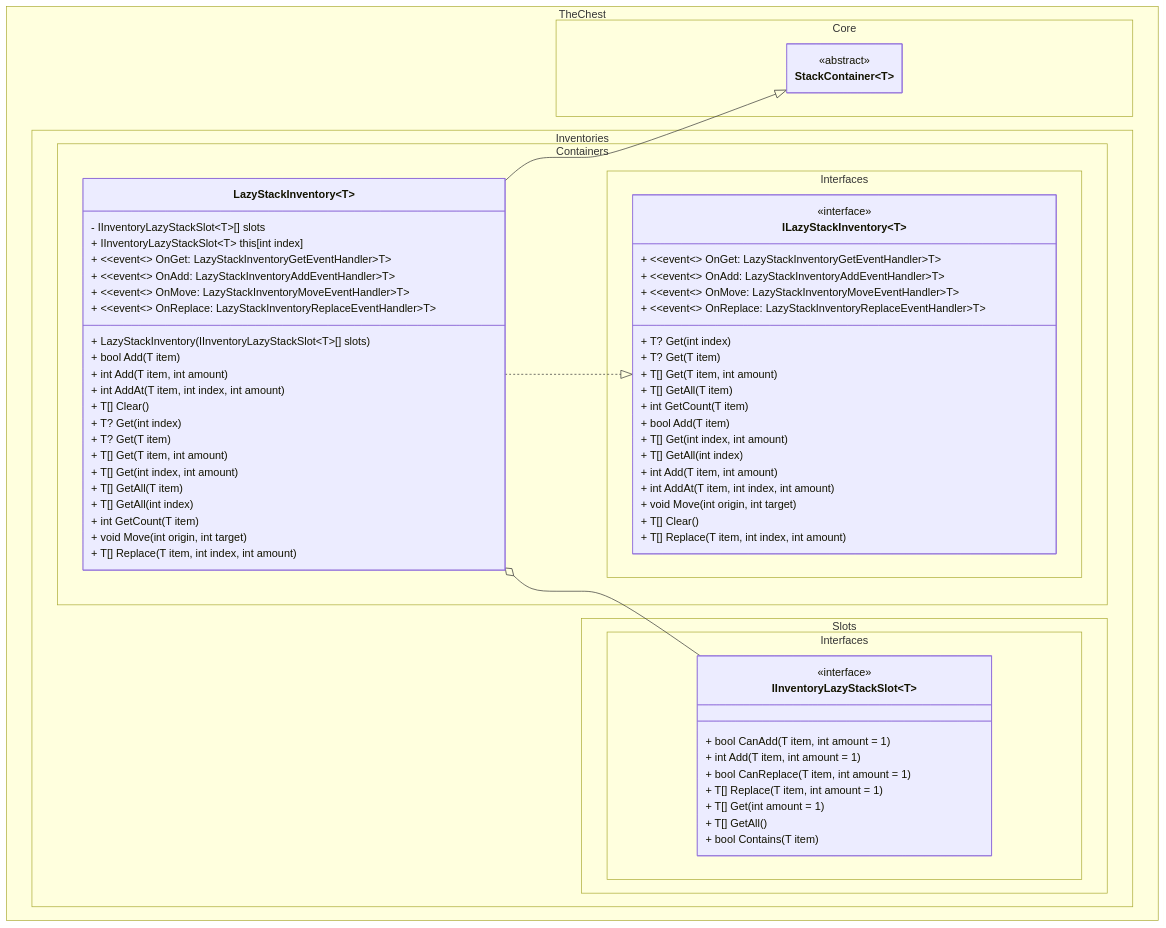
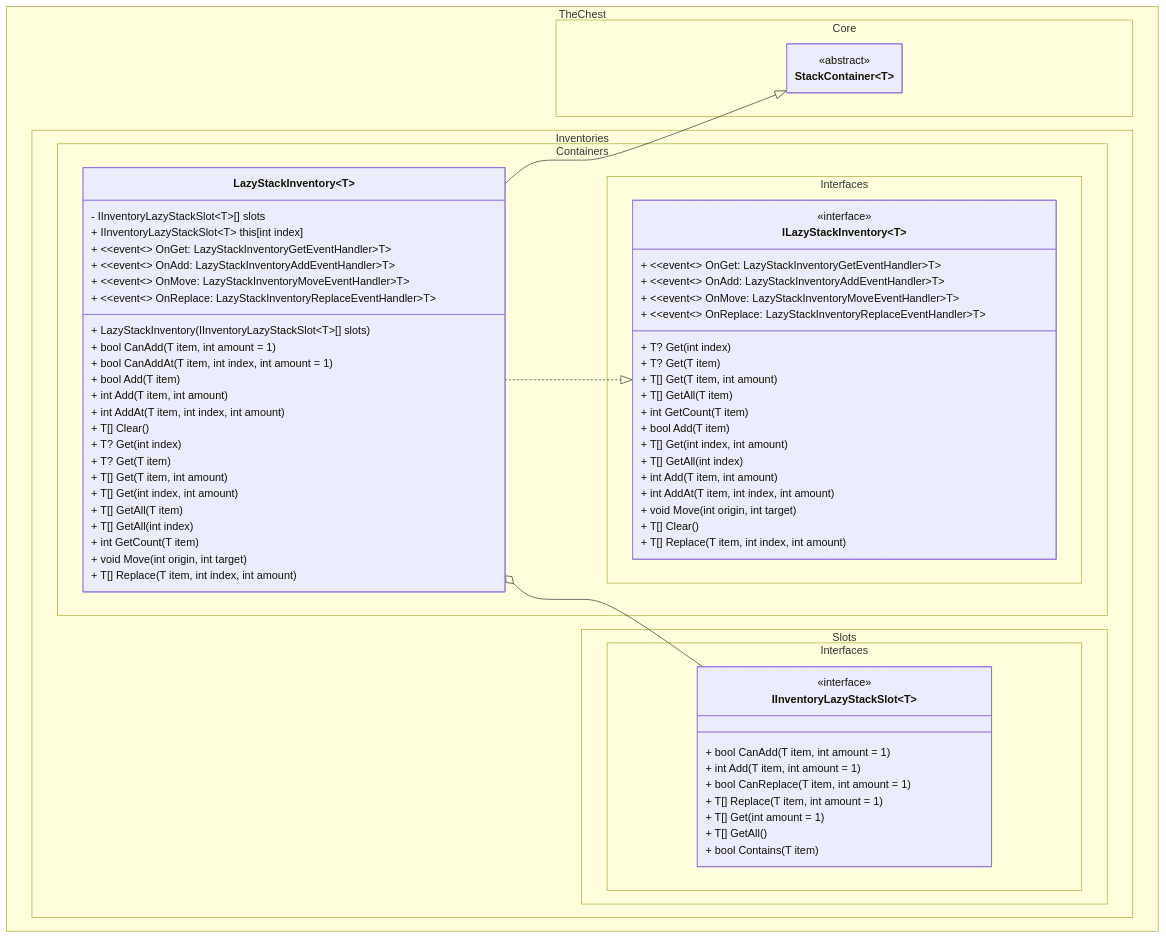
Before and after one commit to The-Chest/TheChest.Inventories: the first of 2 diagrams in docs/lazy_stack_inventory/class_diagram.md, drawn with Mermaid. The commit also changed 13 other files, not shown here.

```diff
--- a/docs/lazy_stack_inventory/class_diagram.md
+++ b/docs/lazy_stack_inventory/class_diagram.md
@@ -22,23 +22,34 @@
     class LazyStackInventory~T~ {
         - IInventoryLazyStackSlot~T~[] slots
         + IInventoryLazyStackSlot~T~ this[int index]
+
         + LazyStackInventory(IInventoryLazyStackSlot~T~[] slots)
+
 	    + ~~event~~ OnGet: LazyStackInventoryGetEventHandler~T~ 
 	    + ~~event~~ OnAdd: LazyStackInventoryAddEventHandler~T~
 	    + ~~event~~ OnMove: LazyStackInventoryMoveEventHandler~T~ 
 	    + ~~event~~ OnReplace: LazyStackInventoryReplaceEventHandler~T~ 
+
+        + bool CanAdd(T item, int amount = 1)
+        + bool CanAddAt(T item, int index, int amount = 1)
+
         + bool Add(T item)
         + int Add(T item, int amount)
         + int AddAt(T item, int index, int amount)
+
         + T[] Clear()
+
         + T? Get(int index)
         + T? Get(T item)
         + T[] Get(T item, int amount)
         + T[] Get(int index, int amount)
         + T[] GetAll(T item)
         + T[] GetAll(int index)
+
         + int GetCount(T item)
+
         + void Move(int origin, int target)
+
         + T[] Replace(T item, int index, int amount)
     }
 }
```
